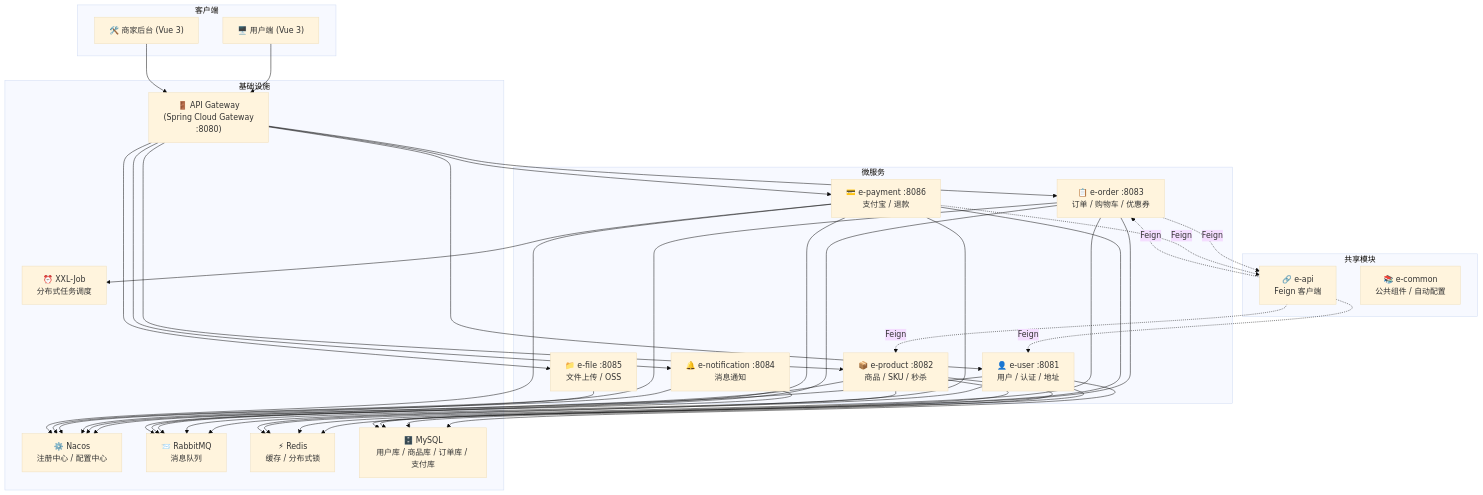
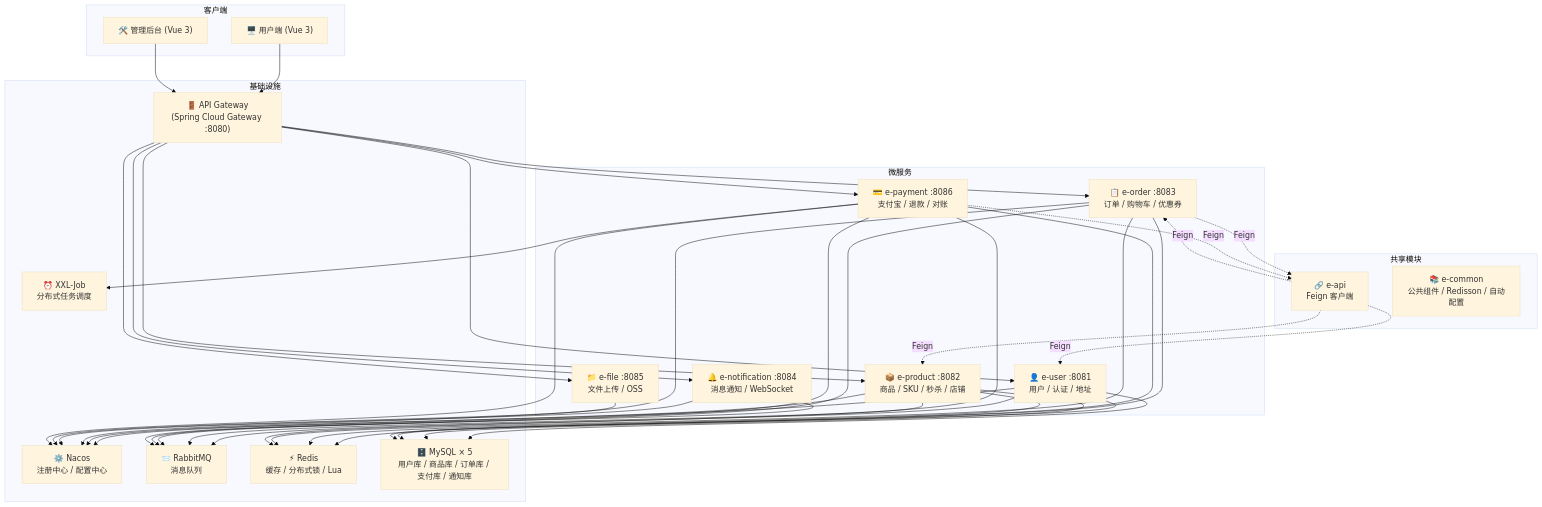
One commit to 1740748249/e-commerce changed the diagram in README.md. Above: the diagram before and after it, drawn with Mermaid (base theme). The commit also changed other lines of this file and 42 other files, not shown here.

````diff
--- a/README.md
+++ b/README.md
@@ -7,41 +11,41 @@
 ```mermaid
 graph TD
     subgraph 客户端
         U["🖥️ 用户端 (Vue 3)"]
-        A["🛠️ 商家后台 (Vue 3)"]
+        A["🛠️ 管理后台 (Vue 3)"]
     end
 
     subgraph 基础设施
-        GW["🚪 API Gateway<br/>(Spring Cloud Gateway<br/>:8080)"]
+        GW["🚪 API Gateway<br/>(Spring Cloud Gateway :8080)"]
         Nacos["⚙️ Nacos<br/>注册中心 / 配置中心"]
         MQ["📨 RabbitMQ<br/>消息队列"]
-        Redis["⚡ Redis<br/>缓存 / 分布式锁"]
+        Redis["⚡ Redis<br/>缓存 / 分布式锁 / Lua"]
         XXL["⏰ XXL-Job<br/>分布式任务调度"]
-        DB["🗄️ MySQL<br/>用户库 / 商品库 / 订单库 / 支付库"]
+        DB["🗄️ MySQL × 5<br/>用户库 / 商品库 / 订单库 / 支付库 / 通知库"]
     end
 
     subgraph 微服务
         User["👤 e-user :8081<br/>用户 / 认证 / 地址"]
-        Product["📦 e-product :8082<br/>商品 / SKU / 秒杀"]
+        Product["📦 e-product :8082<br/>商品 / SKU / 秒杀 / 店铺"]
         Order["📋 e-order :8083<br/>订单 / 购物车 / 优惠券"]
-        Notif["🔔 e-notification :8084<br/>消息通知"]
+        Notif["🔔 e-notification :8084<br/>消息通知 / WebSocket"]
         File["📁 e-file :8085<br/>文件上传 / OSS"]
-        Payment["💳 e-payment :8086<br/>支付宝 / 退款"]
+        Payment["💳 e-payment :8086<br/>支付宝 / 退款 / 对账"]
     end
 
     subgraph 共享模块
         API["🔗 e-api<br/>Feign 客户端"]
-        Common["📚 e-common<br/>公共组件 / 自动配置"]
+        Common["📚 e-common<br/>公共组件 / Redisson / 自动配置"]
     end
 
     U --> GW
     A --> GW
     GW --> User & Product & Order & Notif & File & Payment
     User & Product & Order & Notif & File & Payment --> Nacos
     User & Product & Order & Notif & Payment --> MQ
     User & Product & Order & Payment --> Redis
     Payment --> XXL
     User & Product & Order & Payment --> DB
     Order & Payment -.->|Feign| API
     API -.->|Feign| User & Product & Order
 ```
````
